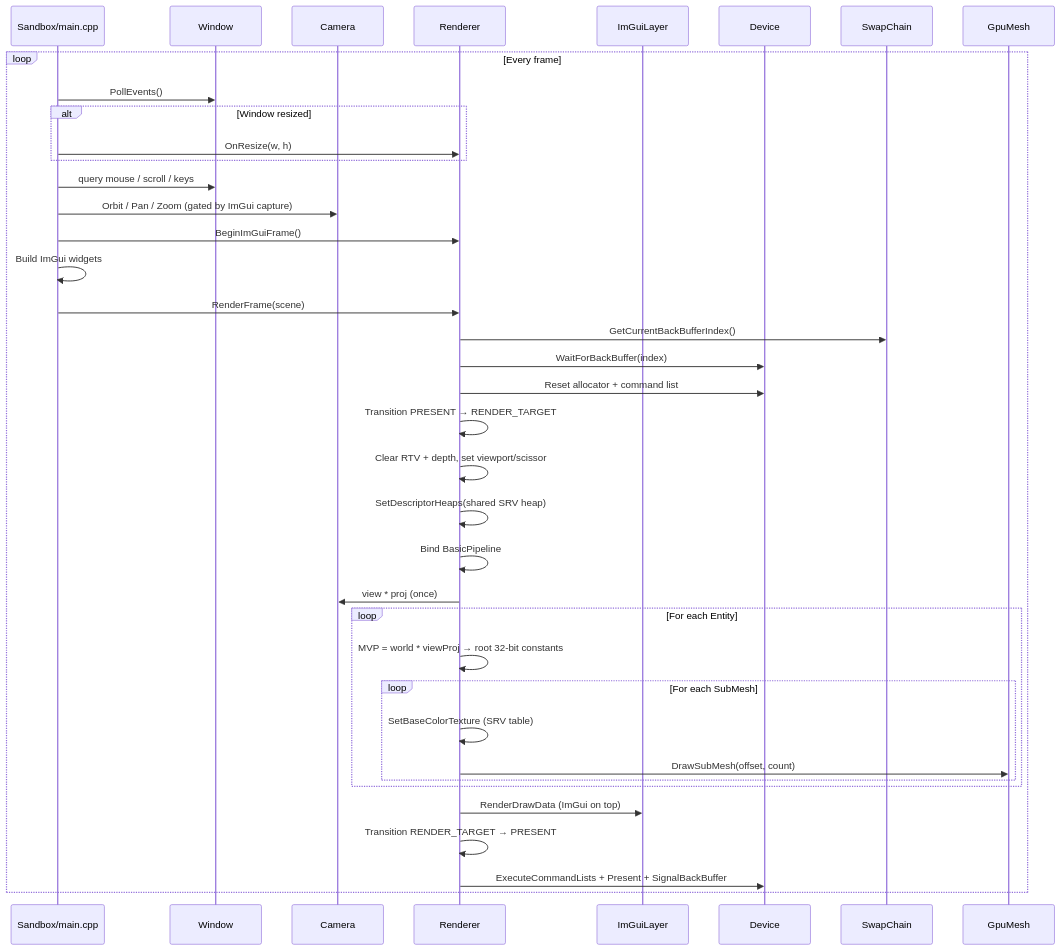
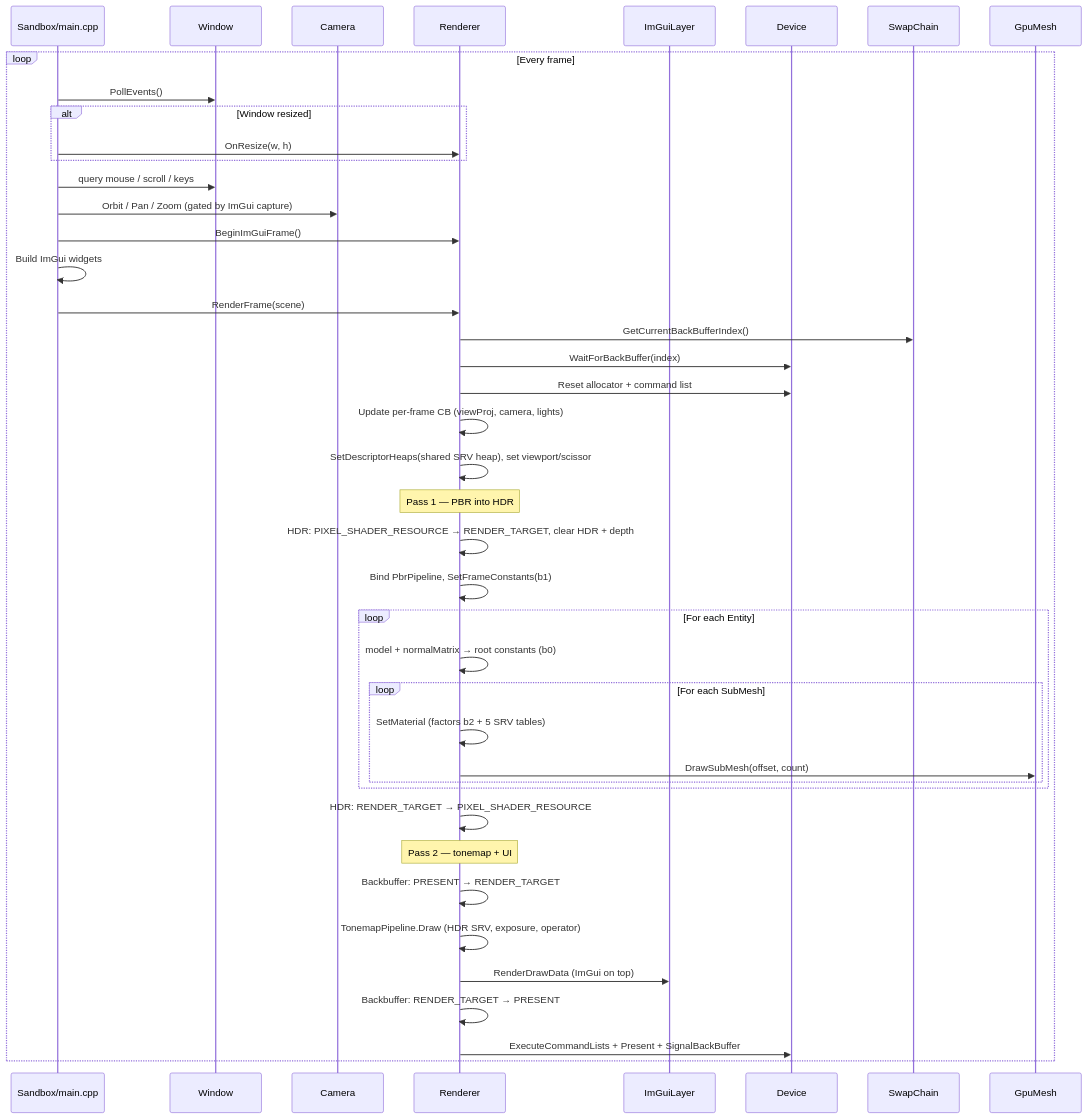
The second of 6 diagrams in docs/ARCHITECTURE.md (RomanovV/SummerEngine), drawn with Mermaid before and after one commit. The commit also changed other lines of this file and 48 other files, not shown here.

First line of the commit message:
Phase 2: forward PBR with HDR tonemap

````diff
--- a/docs/ARCHITECTURE.md
+++ b/docs/ARCHITECTURE.md
@@ -171,43 +185,47 @@
 ```mermaid
 sequenceDiagram
     participant Main as Sandbox/main.cpp
     participant Win as Window
     participant Cam as Camera
     participant Rnd as Renderer
     participant UI as ImGuiLayer
     participant Dev as Device
     participant SC as SwapChain
 
     loop Every frame
         Main->>Win: PollEvents()
         alt Window resized
             Main->>Rnd: OnResize(w, h)
         end
 
         Main->>Win: query mouse / scroll / keys
         Main->>Cam: Orbit / Pan / Zoom (gated by ImGui capture)
 
         Main->>Rnd: BeginImGuiFrame()
         Main->>Main: Build ImGui widgets
 
         Main->>Rnd: RenderFrame(scene)
         Rnd->>SC: GetCurrentBackBufferIndex()
         Rnd->>Dev: WaitForBackBuffer(index)
         Rnd->>Dev: Reset allocator + command list
-        Rnd->>Rnd: Transition PRESENT → RENDER_TARGET
-        Rnd->>Rnd: Clear RTV + depth, set viewport/scissor
-        Rnd->>Rnd: SetDescriptorHeaps(shared SRV heap)
-        Rnd->>Rnd: Bind BasicPipeline
-        Rnd->>Cam: view * proj (once)
+        Rnd->>Rnd: Update per-frame CB (viewProj, camera, lights)
+        Rnd->>Rnd: SetDescriptorHeaps(shared SRV heap), set viewport/scissor
+        Note over Rnd: Pass 1 — PBR into HDR
+        Rnd->>Rnd: HDR: PIXEL_SHADER_RESOURCE → RENDER_TARGET, clear HDR + depth
+        Rnd->>Rnd: Bind PbrPipeline, SetFrameConstants(b1)
         loop For each Entity
-            Rnd->>Rnd: MVP = world * viewProj → root 32-bit constants
+            Rnd->>Rnd: model + normalMatrix → root constants (b0)
             loop For each SubMesh
-                Rnd->>Rnd: SetBaseColorTexture (SRV table)
+                Rnd->>Rnd: SetMaterial (factors b2 + 5 SRV tables)
                 Rnd->>GpuMesh: DrawSubMesh(offset, count)
             end
         end
+        Rnd->>Rnd: HDR: RENDER_TARGET → PIXEL_SHADER_RESOURCE
+        Note over Rnd: Pass 2 — tonemap + UI
+        Rnd->>Rnd: Backbuffer: PRESENT → RENDER_TARGET
+        Rnd->>Rnd: TonemapPipeline.Draw (HDR SRV, exposure, operator)
         Rnd->>UI: RenderDrawData (ImGui on top)
-        Rnd->>Rnd: Transition RENDER_TARGET → PRESENT
+        Rnd->>Rnd: Backbuffer: RENDER_TARGET → PRESENT
         Rnd->>Dev: ExecuteCommandLists + Present + SignalBackBuffer
     end
 ```
````
